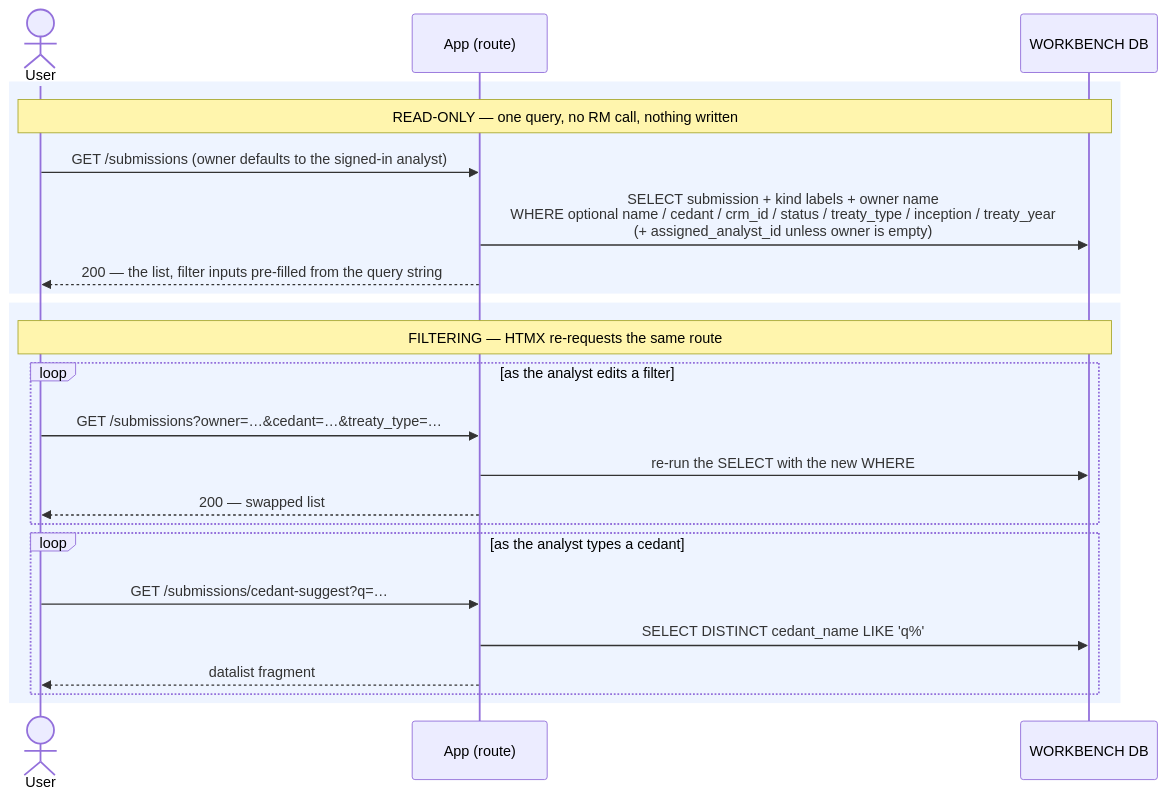
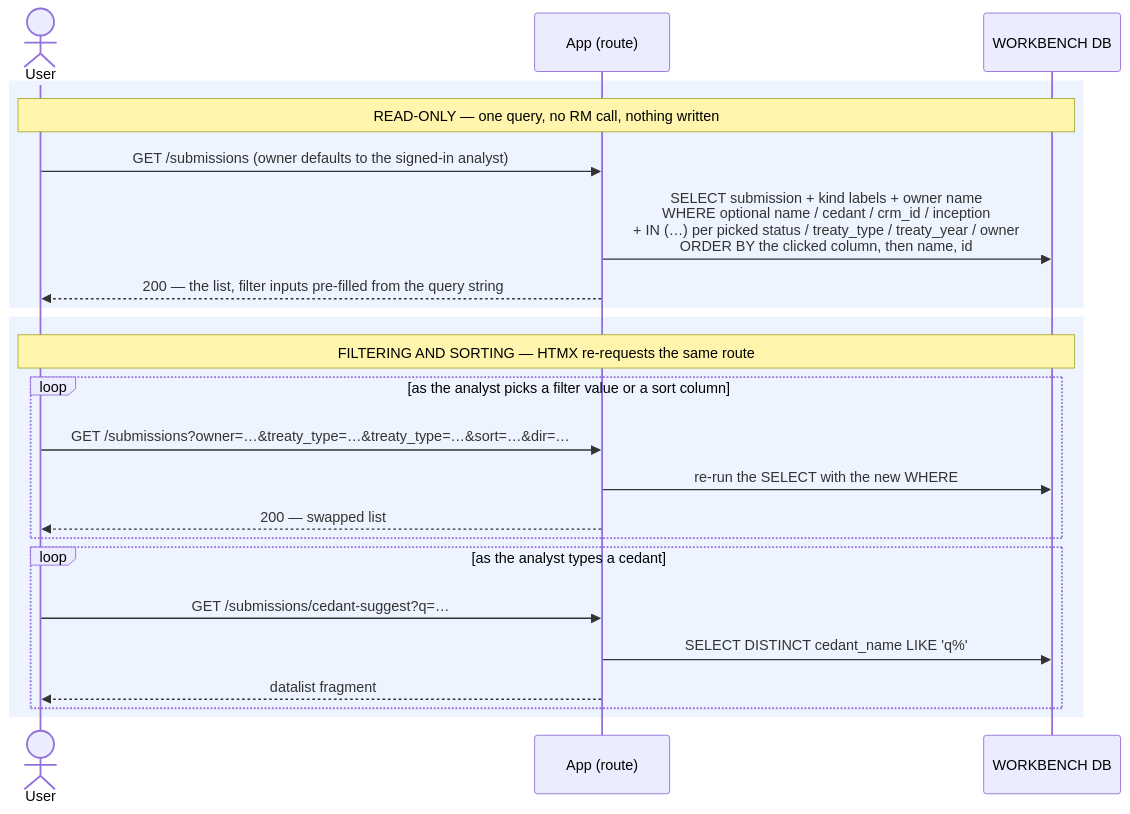
Before and after one commit to anilvenugopal/risk-workbench: the diagram in docs/sequence_diagrams/submissions/find_submissions.md, drawn with Mermaid. The commit also changed other lines of this file and 12 other files, not shown here.

First line of the commit message:
Add sorting, multi-select filters and copyable cells to submissions

````diff
--- a/docs/sequence_diagrams/submissions/find_submissions.md
+++ b/docs/sequence_diagrams/submissions/find_submissions.md
@@ -30,27 +32,27 @@
 ```mermaid
 sequenceDiagram
     actor User
     participant App as App (route)
     participant DB as WORKBENCH DB
 
     rect rgb(238,244,255)
         Note over User,DB: READ-ONLY — one query, no RM call, nothing written
         User->>App: GET /submissions   (owner defaults to the signed-in analyst)
-        App->>DB: SELECT submission + kind labels + owner name<br/>WHERE optional name / cedant / crm_id / status / treaty_type / inception / treaty_year<br/>(+ assigned_analyst_id unless owner is empty)
+        App->>DB: SELECT submission + kind labels + owner name<br/>WHERE optional name / cedant / crm_id / inception<br/>+ IN (…) per picked status / treaty_type / treaty_year / owner<br/>ORDER BY the clicked column, then name, id
         App-->>User: 200 — the list, filter inputs pre-filled from the query string
     end
 
     rect rgb(238,244,255)
-        Note over User,DB: FILTERING — HTMX re-requests the same route
-        loop as the analyst edits a filter
-            User->>App: GET /submissions?owner=…&cedant=…&treaty_type=…
+        Note over User,DB: FILTERING AND SORTING — HTMX re-requests the same route
+        loop as the analyst picks a filter value or a sort column
+            User->>App: GET /submissions?owner=…&treaty_type=…&treaty_type=…&sort=…&dir=…
             App->>DB: re-run the SELECT with the new WHERE
             App-->>User: 200 — swapped list
         end
         loop as the analyst types a cedant
             User->>App: GET /submissions/cedant-suggest?q=…
             App->>DB: SELECT DISTINCT cedant_name LIKE 'q%'
             App-->>User: datalist fragment
         end
     end
 ```
````
